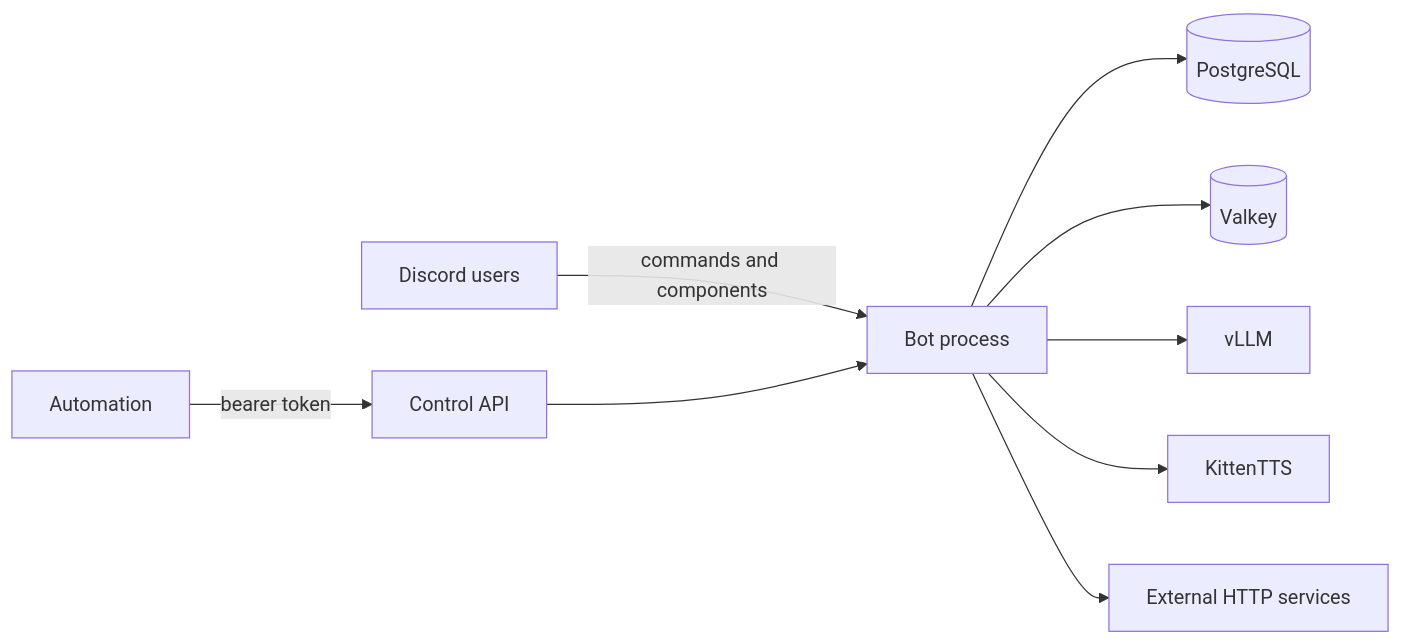
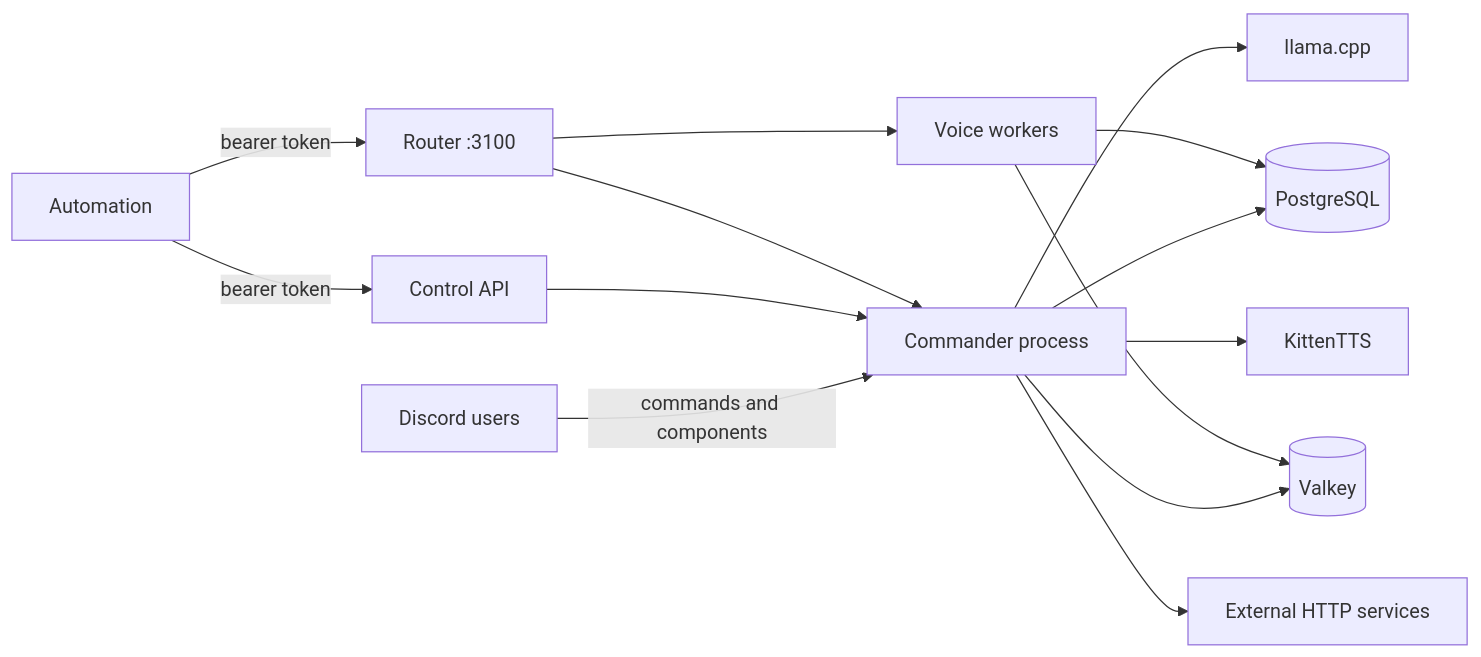
Before and after one commit to DeathSurfing/siela-bot: the diagram in docs/THREAT-MODEL.md, drawn with Mermaid. The commit also changed other lines of this file and 7 other files, not shown here.

First line of the commit message:
docs: fleet-aware Mermaid diagrams (#32)

````diff
--- a/docs/THREAT-MODEL.md
+++ b/docs/THREAT-MODEL.md
@@ -7,11 +7,16 @@
 ```mermaid
 flowchart LR
-  U[Discord users] -->|commands and components| BOT[Bot process]
+  U[Discord users] -->|commands and components| BOT[Commander process]
   A[Automation] -->|bearer token| API[Control API]
   API --> BOT
+  A -->|bearer token| R[Router :3100]
+  R --> BOT
+  R --> W[Voice workers]
   BOT --> DB[(PostgreSQL)]
+  W --> DB
   BOT --> VK[(Valkey)]
-  BOT --> LLM[vLLM]
+  W --> VK
+  BOT --> LLM[llama.cpp]
   BOT --> TTS[KittenTTS]
   BOT --> EXT[External HTTP services]
 ```
````
